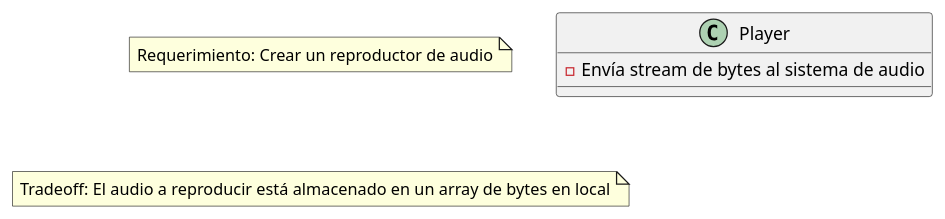
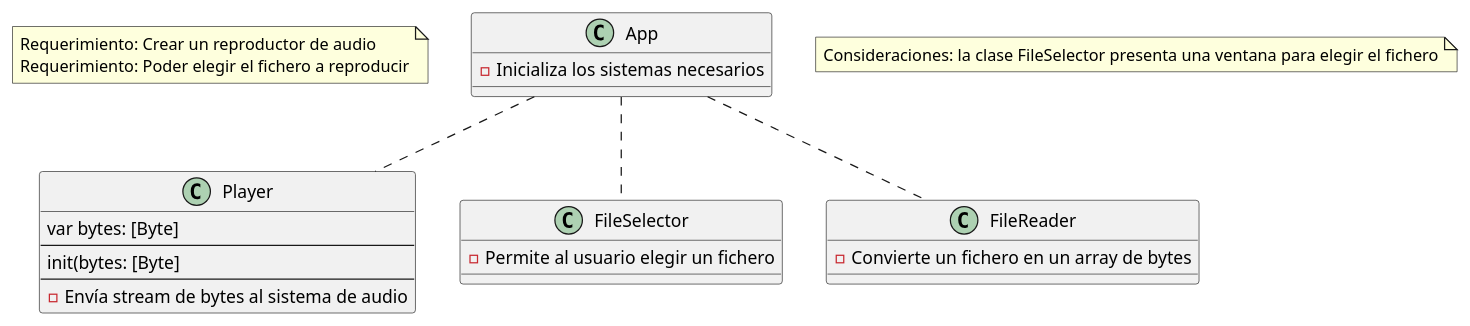
One commit to EverisMobileTeam/meetupDise-oReproductorDeAudio changed the diagram in Clases.plantuml. Above: the diagram before and after it, drawn with PlantUML. The commit also changed 1 other file, not shown here.

Commit message:
Requerimiento: Poder elegir el fichero a reproducir

```diff
--- a/Clases.plantuml
+++ b/Clases.plantuml
@@ -1,11 +1,31 @@
 @startuml
 
-note "Requerimiento: Crear un reproductor de audio" as Requerimiento1
+note "Requerimiento: Crear un reproductor de audio\nRequerimiento: Poder elegir el fichero a reproducir" as Requerimiento1
 
 class Player {
+    var bytes: [Byte]
+    --
+    init(bytes: [Byte]
+    --
     - Envía stream de bytes al sistema de audio
 }
 
-note "Tradeoff: El audio a reproducir está almacenado en un array de bytes en local" as Tradeoff1
+class FileSelector {
+    - Permite al usuario elegir un fichero
+}
+
+class FileReader {
+    - Convierte un fichero en un array de bytes
+}
+
+class App {
+    - Inicializa los sistemas necesarios
+}
+
+App .. FileSelector
+App .. FileReader
+App .. Player
+
+note "Consideraciones: la clase FileSelector presenta una ventana para elegir el fichero" as Consideracion1
 
 @enduml
```
